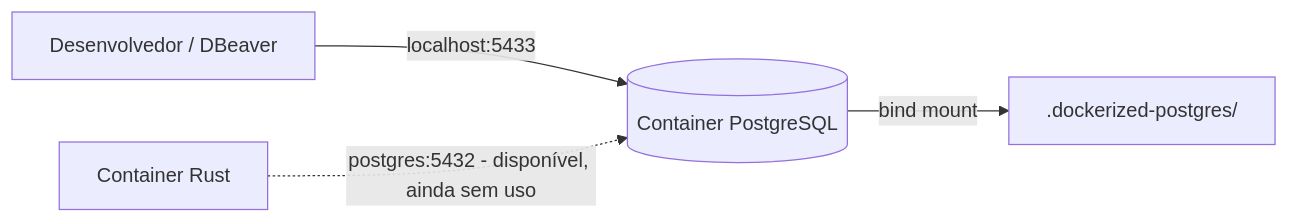
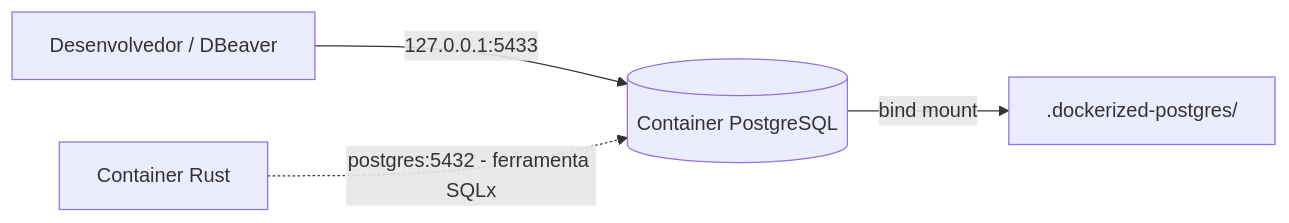
The diagram in docs/pt-BR/docker-and-configuration.md (juniocr26/rust-event-relay), drawn with Mermaid before and after one commit. The commit also changed other lines of this file and 21 other files, not shown here.

````diff
--- a/docs/pt-BR/docker-and-configuration.md
+++ b/docs/pt-BR/docker-and-configuration.md
@@ -58,10 +59,10 @@
 ```mermaid
 flowchart LR
     DEV[Desenvolvedor / DBeaver]
     APP[Container Rust]
     DB[(Container PostgreSQL)]
     DISK[.dockerized-postgres/]
-    DEV -->|localhost:5433| DB
-    APP -.->|postgres:5432 - disponível, ainda sem uso| DB
+    DEV -->|127.0.0.1:5433| DB
+    APP -.->|postgres:5432 - ferramenta SQLx| DB
     DB -->|bind mount| DISK
 ```
````
